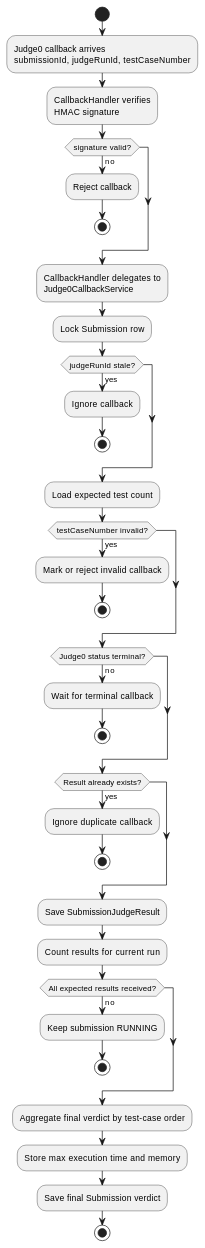
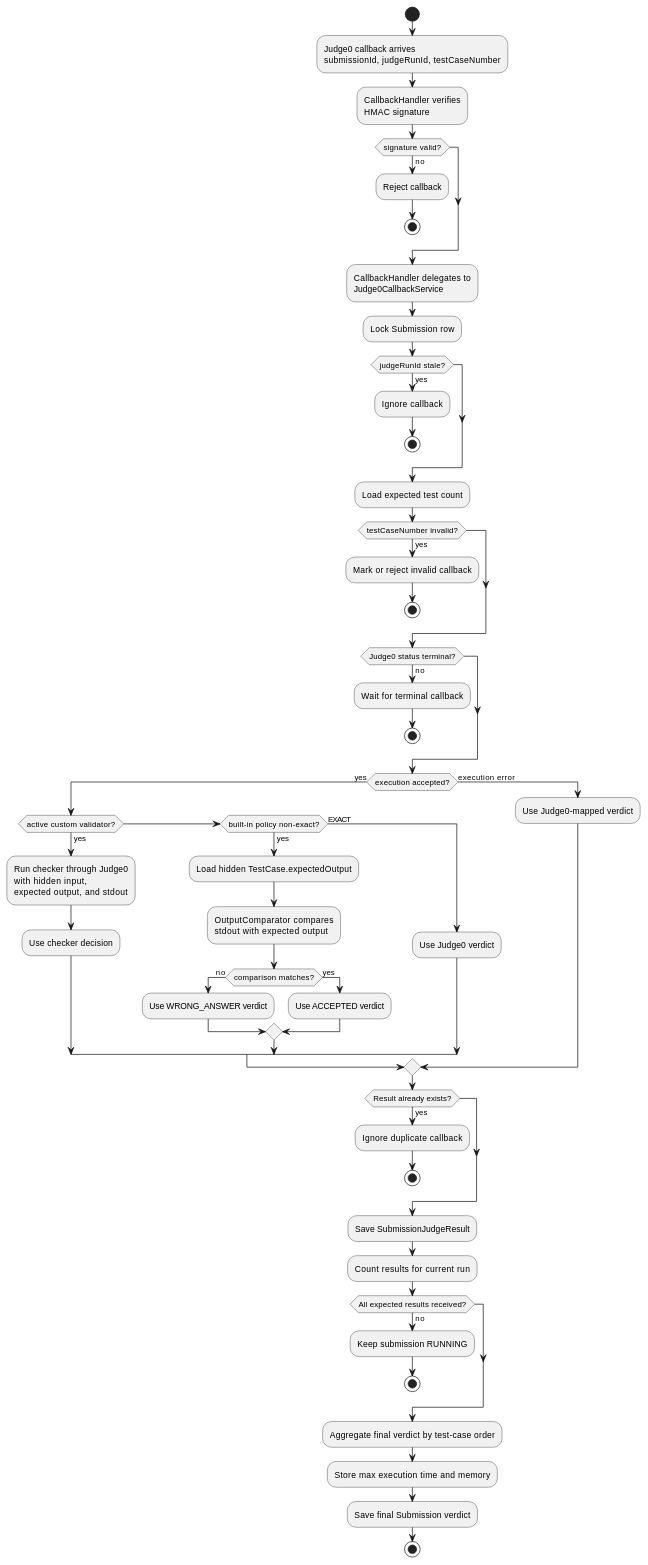
One commit to AuraC-graduate-project/AuraC2 changed the tenth of 17 diagrams in docs/report-rebuild/diagram-prompts.md. Above: the diagram before and after it, drawn with PlantUML. The commit also changed other lines of this file and 37 other files, not shown here.

Commit message:
feat(phase-7): add custom output validators

````diff
--- a/docs/report-rebuild/diagram-prompts.md
+++ b/docs/report-rebuild/diagram-prompts.md
@@ -394,40 +397,58 @@
 ```plantuml
 @startuml
 start
 :Judge0 callback arrives\nsubmissionId, judgeRunId, testCaseNumber;
 :CallbackHandler verifies\nHMAC signature;
 if (signature valid?) then (no)
   :Reject callback;
   stop
 endif
 :CallbackHandler delegates to\nJudge0CallbackService;
 :Lock Submission row;
 if (judgeRunId stale?) then (yes)
   :Ignore callback;
   stop
 endif
 :Load expected test count;
 if (testCaseNumber invalid?) then (yes)
   :Mark or reject invalid callback;
   stop
 endif
 if (Judge0 status terminal?) then (no)
   :Wait for terminal callback;
   stop
 endif
+if (execution accepted?) then (yes)
+  if (active custom validator?) then (yes)
+    :Run checker through Judge0\nwith hidden input,\nexpected output, and stdout;
+    :Use checker decision;
+  elseif (built-in policy non-exact?) then (yes)
+    :Load hidden TestCase.expectedOutput;
+    :OutputComparator compares\nstdout with expected output;
+    if (comparison matches?) then (no)
+      :Use WRONG_ANSWER verdict;
+    else (yes)
+      :Use ACCEPTED verdict;
+    endif
+  else (EXACT)
+    :Use Judge0 verdict;
+  endif
+else (execution error)
+  :Use Judge0-mapped verdict;
+endif
 if (Result already exists?) then (yes)
   :Ignore duplicate callback;
   stop
 endif
 :Save SubmissionJudgeResult;
 :Count results for current run;
 if (All expected results received?) then (no)
   :Keep submission RUNNING;
   stop
 endif
 :Aggregate final verdict by test-case order;
 :Store max execution time and memory;
 :Save final Submission verdict;
 stop
 @enduml
 ```
````
